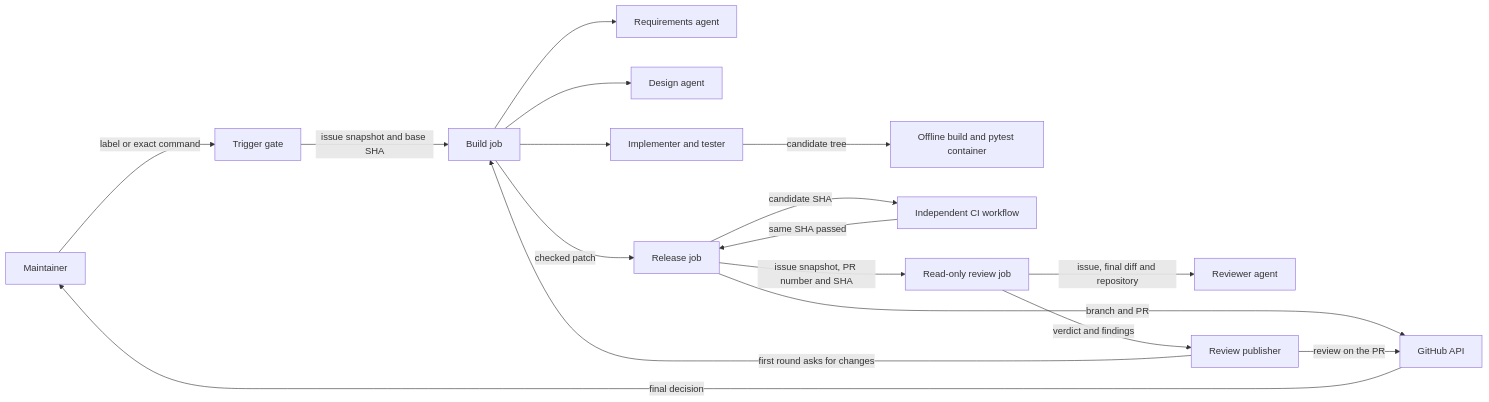
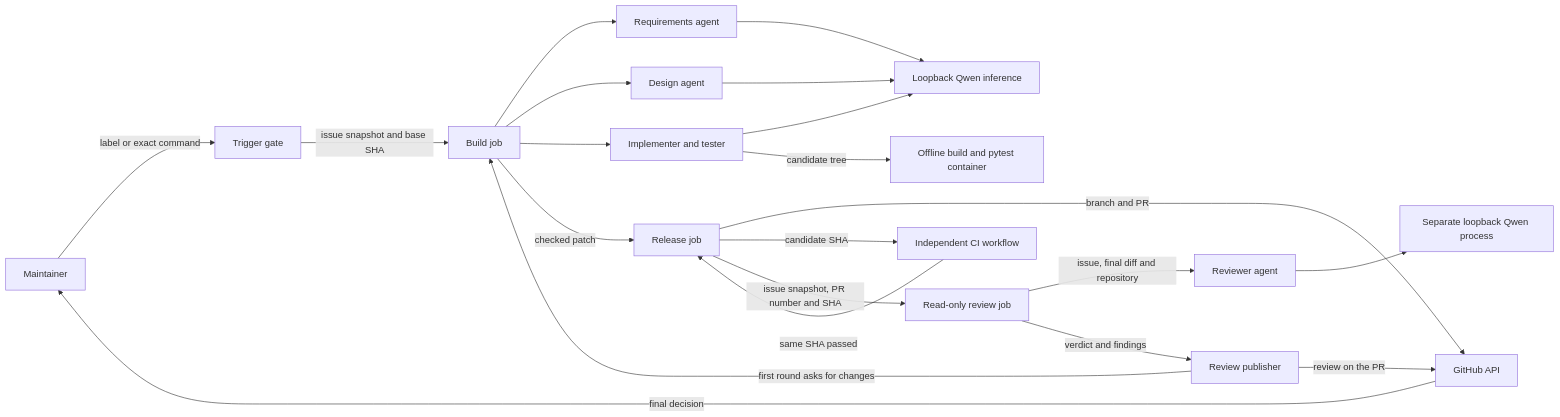
Before and after one commit to khush2520/mistune: the diagram in architecture/views/components.md, drawn with Mermaid. The commit also changed 133 other files, not shown here.

````diff
--- a/architecture/views/components.md
+++ b/architecture/views/components.md
@@ -3,19 +3,23 @@
 ```mermaid
 flowchart LR
     M[Maintainer] -->|label or exact command| G[Trigger gate]
     G -->|issue snapshot and base SHA| B[Build job]
     B --> R[Requirements agent]
     B --> D[Design agent]
     B --> W[Implementer and tester]
+    R --> Q[Loopback Qwen inference]
+    D --> Q
+    W --> Q
     W -->|candidate tree| S[Offline build and pytest container]
     B -->|checked patch| P[Release job]
     P -->|branch and PR| GH[GitHub API]
     P -->|candidate SHA| CI[Independent CI workflow]
     CI -->|same SHA passed| P
     P -->|issue snapshot, PR number and SHA| V[Read-only review job]
     V -->|issue, final diff and repository| A[Reviewer agent]
+    A --> Q2[Separate loopback Qwen process]
     V -->|verdict and findings| C[Review publisher]
     C -->|review on the PR| GH
     C -->|first round asks for changes| B
     GH -->|final decision| M
 ```
````
